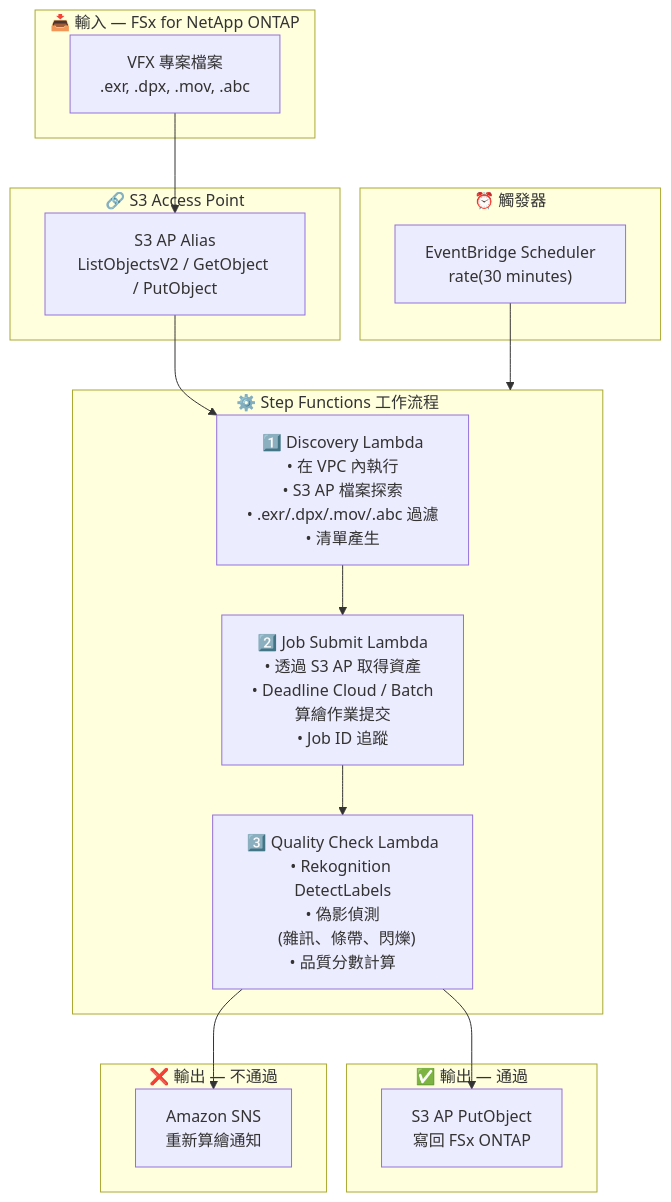
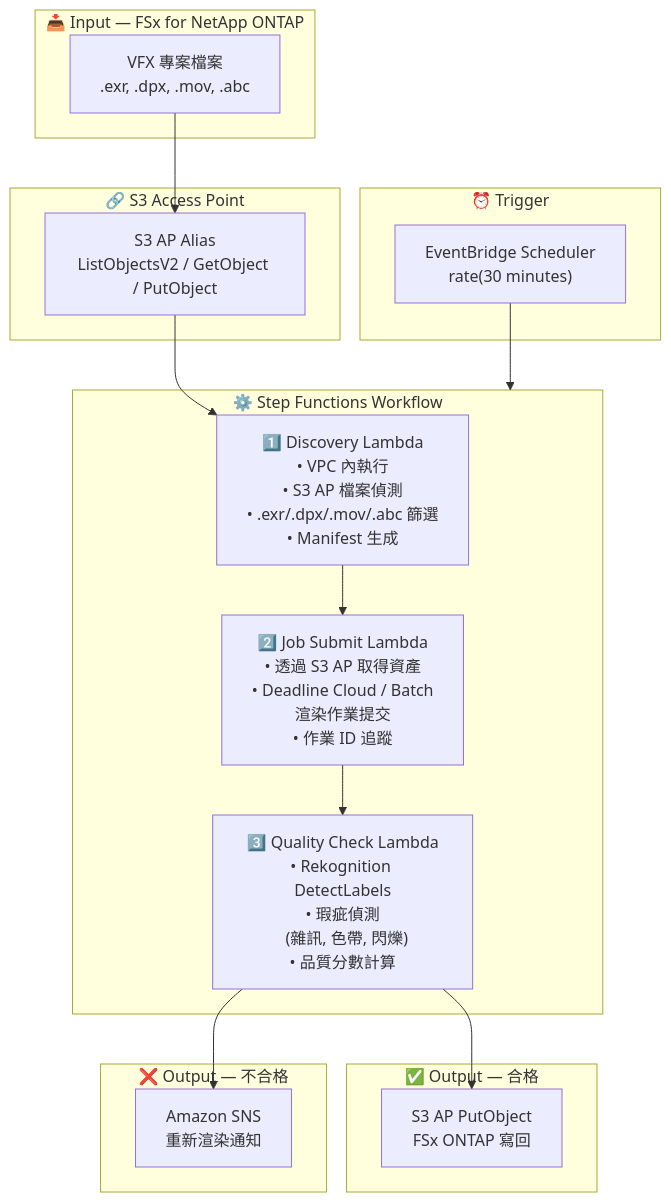
Before and after one commit to Yoshiki0705/FSx-for-ONTAP-S3AccessPoints-Serverless-Patterns: the diagram in media-vfx/docs/architecture.zh-TW.md, drawn with Mermaid. The commit also changed other lines of this file and 54 other files, not shown here.

````diff
--- a/media-vfx/docs/architecture.zh-TW.md
+++ b/media-vfx/docs/architecture.zh-TW.md
@@ -11,36 +13,36 @@
 ```mermaid
 flowchart TB
-    subgraph INPUT["📥 輸入 — FSx for NetApp ONTAP"]
+    subgraph INPUT["📥 Input — FSx for NetApp ONTAP"]
         VFX["VFX 專案檔案<br/>.exr, .dpx, .mov, .abc"]
     end
 
     subgraph S3AP["🔗 S3 Access Point"]
         ALIAS["S3 AP Alias<br/>ListObjectsV2 / GetObject / PutObject"]
     end
 
-    subgraph TRIGGER["⏰ 觸發器"]
+    subgraph TRIGGER["⏰ Trigger"]
         EB["EventBridge Scheduler<br/>rate(30 minutes)"]
     end
 
-    subgraph SFN["⚙️ Step Functions 工作流程"]
-        DISC["1️⃣ Discovery Lambda<br/>• 在 VPC 內執行<br/>• S3 AP 檔案探索<br/>• .exr/.dpx/.mov/.abc 過濾<br/>• 清單產生"]
-        JS["2️⃣ Job Submit Lambda<br/>• 透過 S3 AP 取得資產<br/>• Deadline Cloud / Batch<br/>  算繪作業提交<br/>• Job ID 追蹤"]
-        QC["3️⃣ Quality Check Lambda<br/>• Rekognition DetectLabels<br/>• 偽影偵測<br/>  (雜訊、條帶、閃爍)<br/>• 品質分數計算"]
+    subgraph SFN["⚙️ Step Functions Workflow"]
+        DISC["1️⃣ Discovery Lambda<br/>• VPC 內執行<br/>• S3 AP 檔案偵測<br/>• .exr/.dpx/.mov/.abc 篩選<br/>• Manifest 生成"]
+        JS["2️⃣ Job Submit Lambda<br/>• 透過 S3 AP 取得資產<br/>• Deadline Cloud / Batch<br/>  渲染作業提交<br/>• 作業 ID 追蹤"]
+        QC["3️⃣ Quality Check Lambda<br/>• Rekognition DetectLabels<br/>• 瑕疵偵測<br/>  (雜訊, 色帶, 閃爍)<br/>• 品質分數計算"]
     end
 
-    subgraph OUTPUT_PASS["✅ 輸出 — 通過"]
-        PUTBACK["S3 AP PutObject<br/>寫回 FSx ONTAP"]
+    subgraph OUTPUT_PASS["✅ Output — 合格"]
+        PUTBACK["S3 AP PutObject<br/>FSx ONTAP 寫回"]
     end
 
-    subgraph OUTPUT_FAIL["❌ 輸出 — 不通過"]
-        SNS["Amazon SNS<br/>重新算繪通知"]
+    subgraph OUTPUT_FAIL["❌ Output — 不合格"]
+        SNS["Amazon SNS<br/>重新渲染通知"]
     end
 
     VFX --> ALIAS
     ALIAS --> DISC
     EB --> SFN
     DISC --> JS
     JS --> QC
     QC --> PUTBACK
     QC --> SNS
 ```
````
